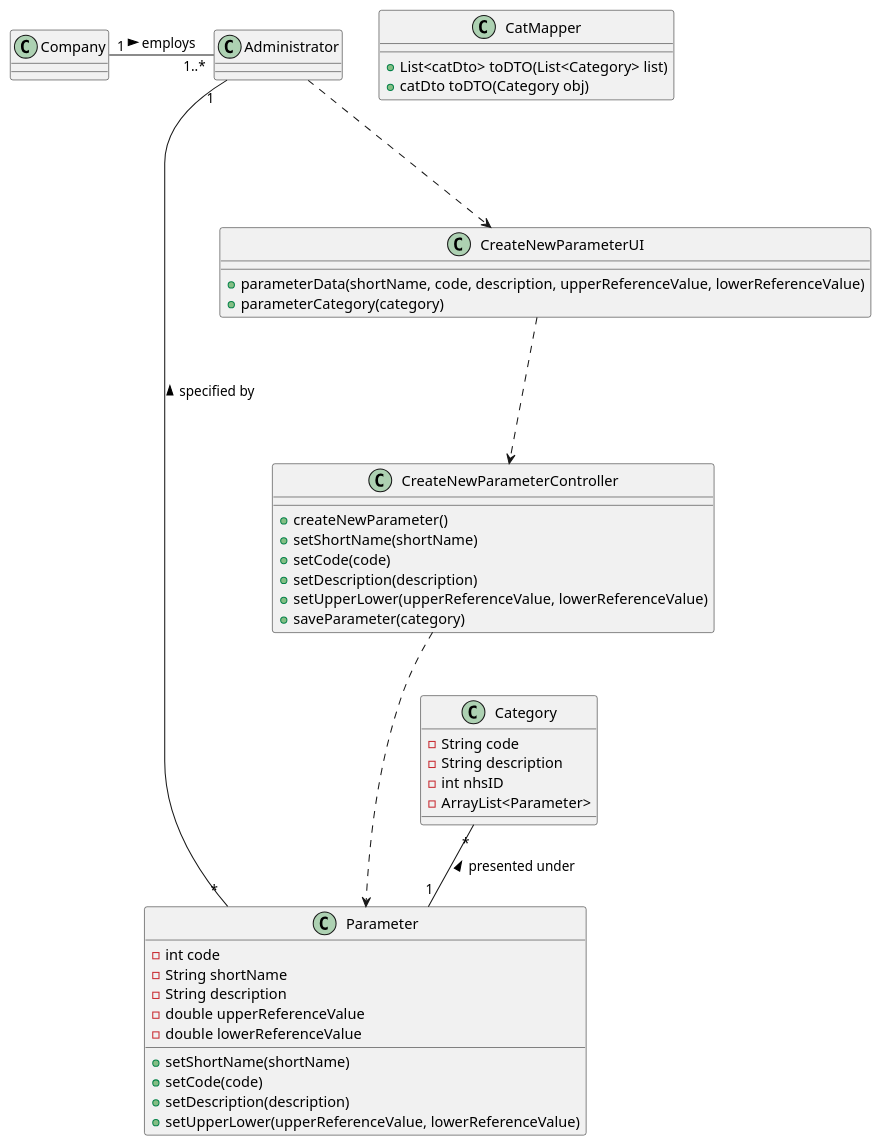
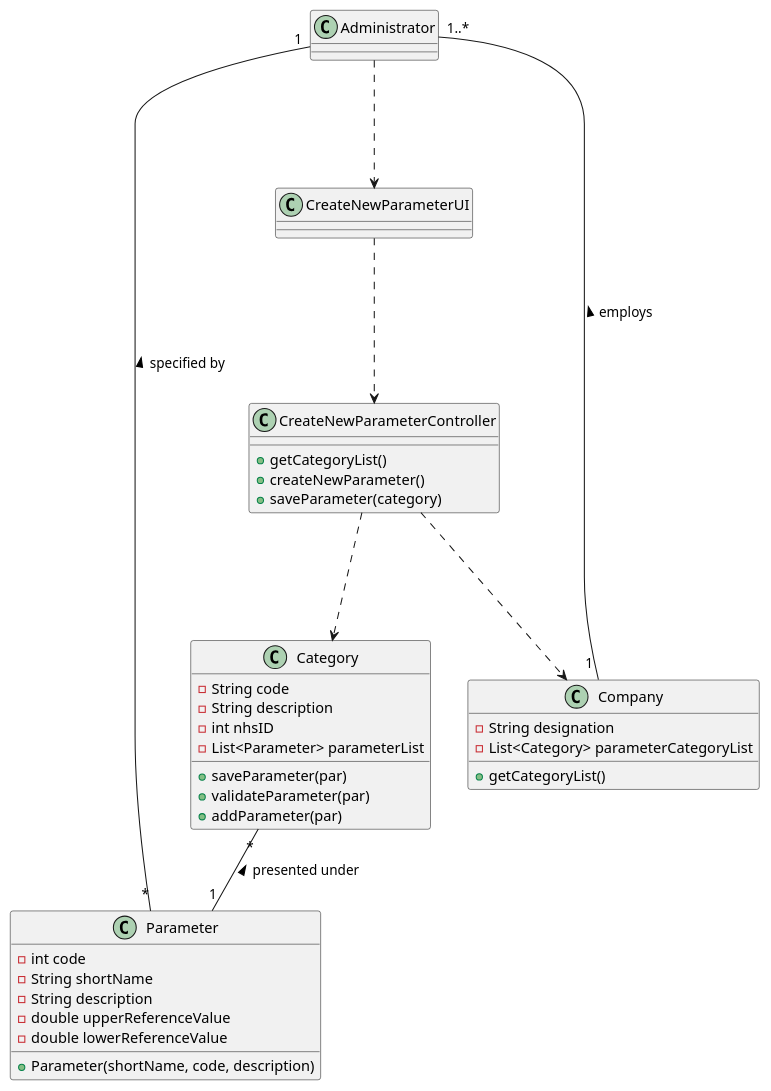
One commit to MadDinosaur/ISEP-LAPR2 changed the diagram in docs/SprintB/US10/US10_CD.puml. Above: the diagram before and after it, drawn with PlantUML. The commit also changed 10 other files, not shown here.

```diff
--- a/docs/SprintB/US10/US10_CD.puml
+++ b/docs/SprintB/US10/US10_CD.puml
@@ -1,54 +1,51 @@
 @startuml
 
 class Administrator
 class Parameter {
 -int code
 -String shortName
 -String description
 -double upperReferenceValue
 -double lowerReferenceValue
 
-+setShortName(shortName)
-+setCode(code)
-+setDescription(description)
-+setUpperLower(upperReferenceValue, lowerReferenceValue)
++Parameter(shortName, code, description)
 }
 
 class CreateNewParameterUI{
-+parameterData(shortName, code, description, upperReferenceValue, lowerReferenceValue)
-+parameterCategory(category)
 }
 
 class CreateNewParameterController{
 
++getCategoryList()
 +createNewParameter()
-+setShortName(shortName)
-+setCode(code)
-+setDescription(description)
-+setUpperLower(upperReferenceValue, lowerReferenceValue)
 +saveParameter(category)
 }
 
-class Company
+class Company{
+-String designation
+-List<Category> parameterCategoryList
+
++getCategoryList()
+}
 
 class Category {
 -String code
 -String description
 -int nhsID
--ArrayList<Parameter>
+-List<Parameter> parameterList
+
++saveParameter(par)
++validateParameter(par)
++addParameter(par)
 }
 
-class CatMapper{
-
-+List<catDto> toDTO(List<Category> list)
-+catDto toDTO(Category obj)
-}
 
 Administrator ...> CreateNewParameterUI
 CreateNewParameterUI ...> CreateNewParameterController
-CreateNewParameterController ...> Parameter
+CreateNewParameterController ...> Category
+CreateNewParameterController ...> Company
 Category "*"--"1" Parameter : presented under <
 Parameter "*"-up-"1" Administrator : specified by >
 Company"1 "-"1..*" Administrator : > employs
 
 @enduml
```
